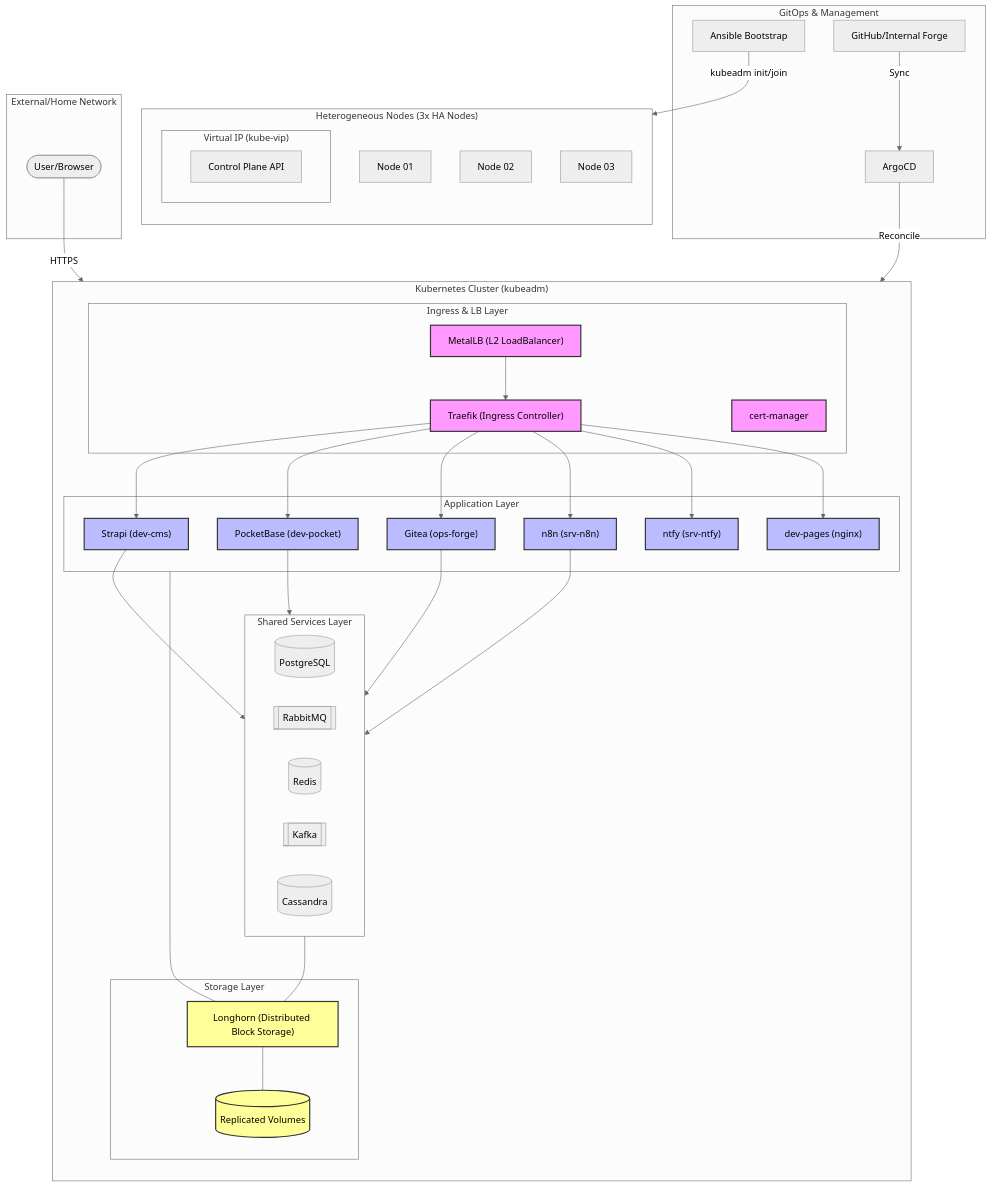
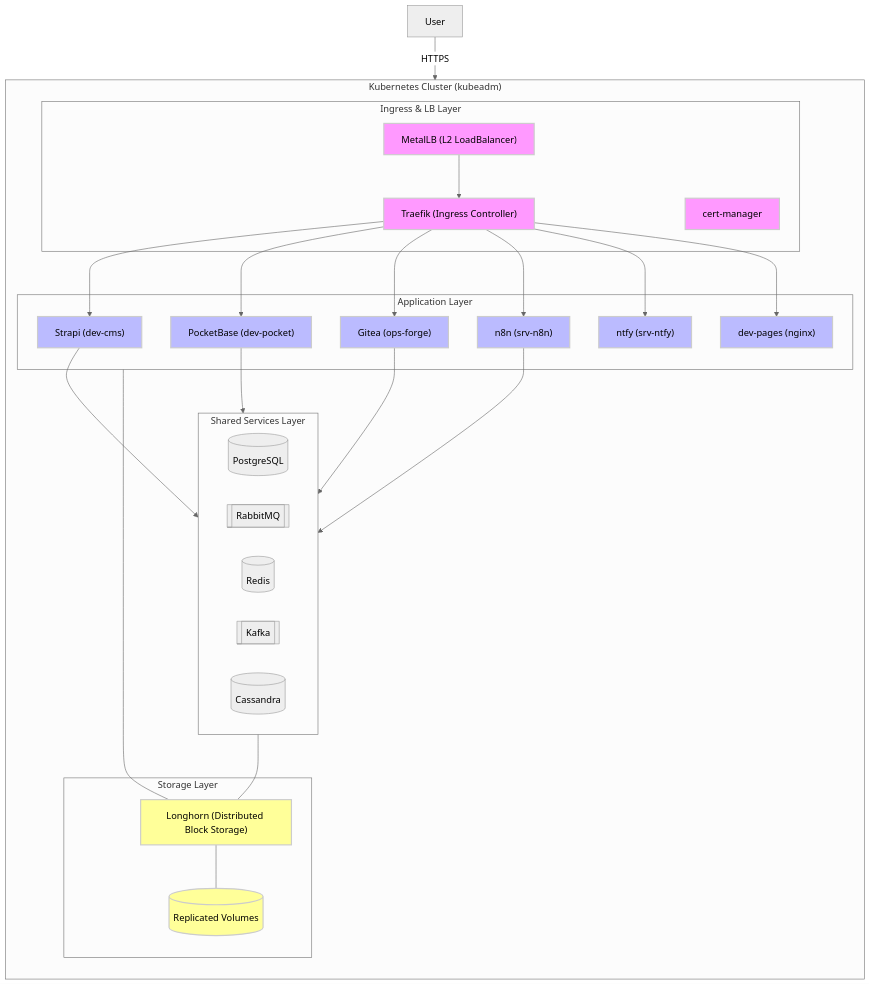
The diagram in README.md (m-spangenberg/homelab), drawn with Mermaid (neutral theme) before and after one commit. The commit also changed other lines of this file, not shown here.

Commit message:
chore: Update README to simplify diagrams and improve link formatting

````diff
--- a/README.md
+++ b/README.md
@@ -38,74 +38,50 @@
 ```mermaid
 graph TB
-    subgraph Users ["External/Home Network"]
-        User(["User/Browser"])
-    end
-
-    subgraph Hardware ["Heterogeneous Nodes (3x HA Nodes)"]
-        direction TB
-        subgraph VIP ["Virtual IP (kube-vip)"]
-            ControlPlaneAPI["Control Plane API"]
-        end
-        Node1["Node 01"]
-        Node2["Node 02"]
-        Node3["Node 03"]
-    end
-
     subgraph K8s_Cluster ["Kubernetes Cluster (kubeadm)"]
         direction TB
         
         subgraph Ingress_Layer ["Ingress & LB Layer"]
             MLB["MetalLB (L2 LoadBalancer)"]
             TRA["Traefik (Ingress Controller)"]
             CM["cert-manager"]
         end
 
         subgraph Storage_Layer ["Storage Layer"]
             LH["Longhorn (Distributed Block Storage)"]
             LH_PVCs[("Replicated Volumes")]
         end
 
         subgraph Shared_Services ["Shared Services Layer"]
             PG[(PostgreSQL)]
             RMQ[[RabbitMQ]]
             RED[(Redis)]
             KFK[[Kafka]]
             CAS[(Cassandra)]
         end
 
         subgraph Apps ["Application Layer"]
             CMS["Strapi (dev-cms)"]
             PKT["PocketBase (dev-pocket)"]
             FORGE["Gitea (ops-forge)"]
             N8N["n8n (srv-n8n)"]
             NTFY["ntfy (srv-ntfy)"]
             DP["dev-pages (nginx)"]
         end
     end
 
-    subgraph GitOps_Flow ["GitOps & Management"]
-        GH["GitHub/Internal Forge"]
-        ARG["ArgoCD"]
-        ANS["Ansible Bootstrap"]
-    end
-
     %% Connections
     User -->|HTTPS| MLB
     MLB --> TRA
     TRA --> CMS & PKT & FORGE & N8N & NTFY & DP
     
     CMS & PKT & FORGE & N8N --> Shared_Services
     Shared_Services & Apps --- LH
     LH --- LH_PVCs
-
-    ANS -->|kubeadm init/join| Hardware
-    GH -->|Sync| ARG
-    ARG -->|Reconcile| K8s_Cluster
     
-    classDef platform fill:#f9f,stroke:#333,stroke-width:2px;
-    classDef storage fill:#ff9,stroke:#333,stroke-width:2px;
-    classDef apps fill:#bbf,stroke:#333,stroke-width:2px;
+    classDef platform fill:#f9f,stroke:#ccc,stroke-width:2px;
+    classDef storage fill:#ff9,stroke:#ccc,stroke-width:2px;
+    classDef apps fill:#bbf,stroke:#ccc,stroke-width:2px;
     class MLB,TRA,CM platform;
     class LH,LH_PVCs storage;
     class CMS,PKT,FORGE,N8N,NTFY,DP apps;
 ```
````
